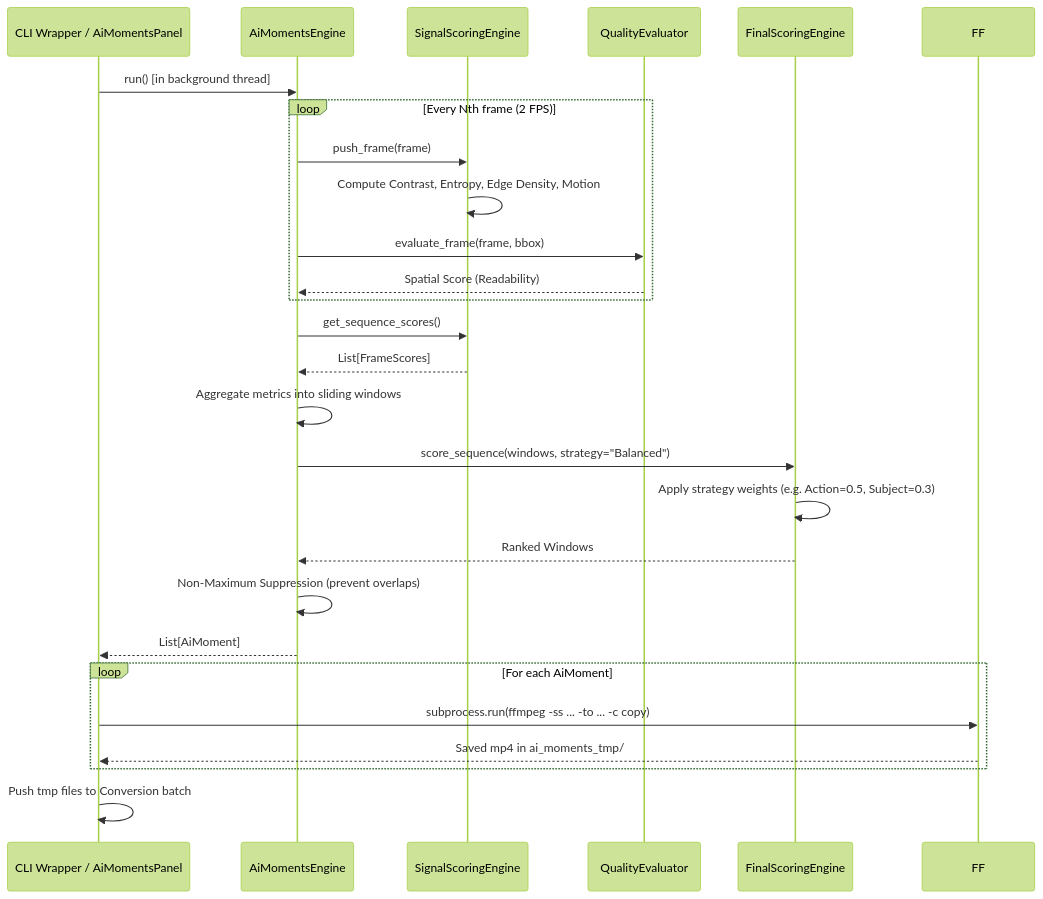
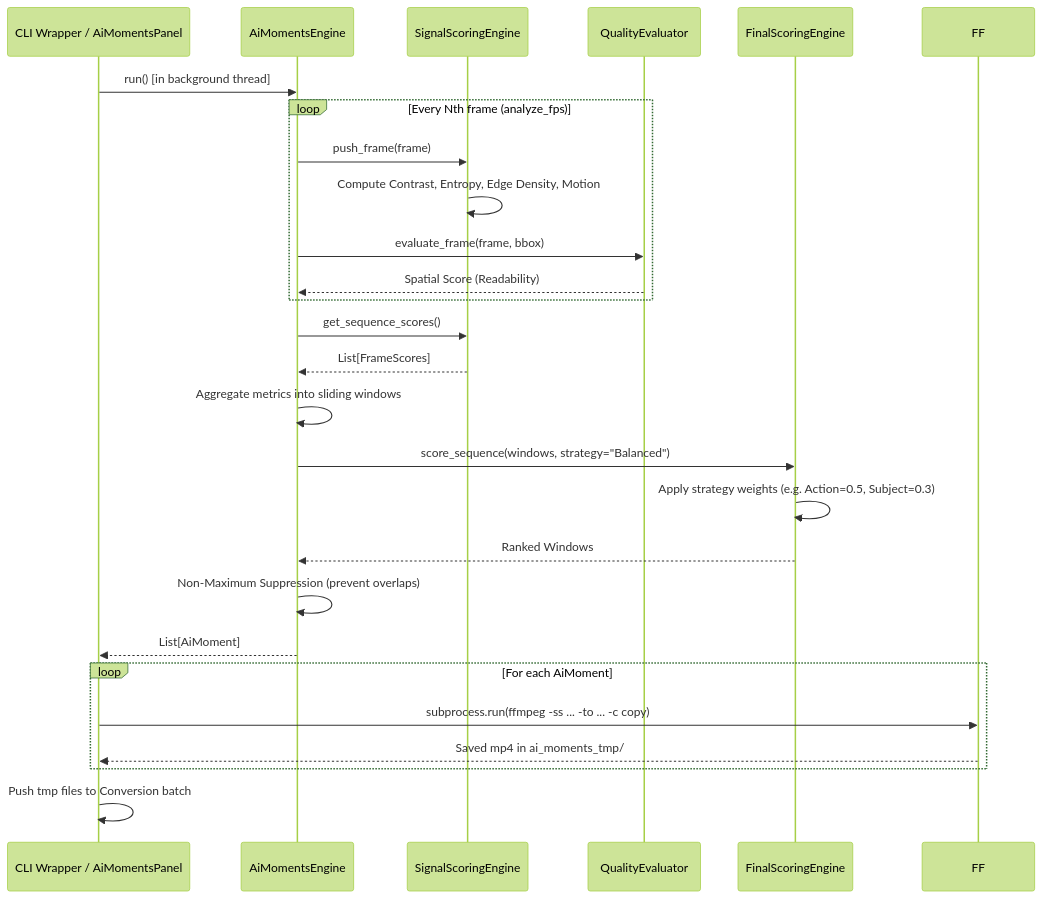
Before and after one commit to red77290/dmd_gif_converter: the seventh of 9 diagrams in ARCHITECTURE.md, drawn with Mermaid (forest theme). The commit also changed other lines of this file and 34 other files, not shown here.

````diff
--- a/ARCHITECTURE.md
+++ b/ARCHITECTURE.md
@@ -669,31 +671,31 @@
 ```mermaid
 sequenceDiagram
     participant CLI/UI as CLI Wrapper / AiMomentsPanel
     participant ENG as AiMomentsEngine
     participant SIG as SignalScoringEngine
     participant QE as QualityEvaluator
     participant FIN as FinalScoringEngine
 
     CLI/UI->>ENG: run() [in background thread]
-    loop Every Nth frame (2 FPS)
+    loop Every Nth frame (analyze_fps)
         ENG->>SIG: push_frame(frame)
         SIG->>SIG: Compute Contrast, Entropy, Edge Density, Motion
         ENG->>QE: evaluate_frame(frame, bbox)
         QE-->>ENG: Spatial Score (Readability)
     end
     ENG->>SIG: get_sequence_scores()
     SIG-->>ENG: List[FrameScores]
     ENG->>ENG: Aggregate metrics into sliding windows
     ENG->>FIN: score_sequence(windows, strategy="Balanced")
     FIN->>FIN: Apply strategy weights (e.g. Action=0.5, Subject=0.3)
     FIN-->>ENG: Ranked Windows
     ENG->>ENG: Non-Maximum Suppression (prevent overlaps)
     ENG-->>CLI/UI: List[AiMoment]
     
     loop For each AiMoment
         CLI/UI->>FF: subprocess.run(ffmpeg -ss ... -to ... -c copy)
         FF-->>CLI/UI: Saved mp4 in ai_moments_tmp/
     end
     
     CLI/UI->>CLI/UI: Push tmp files to Conversion batch
 ```
````
